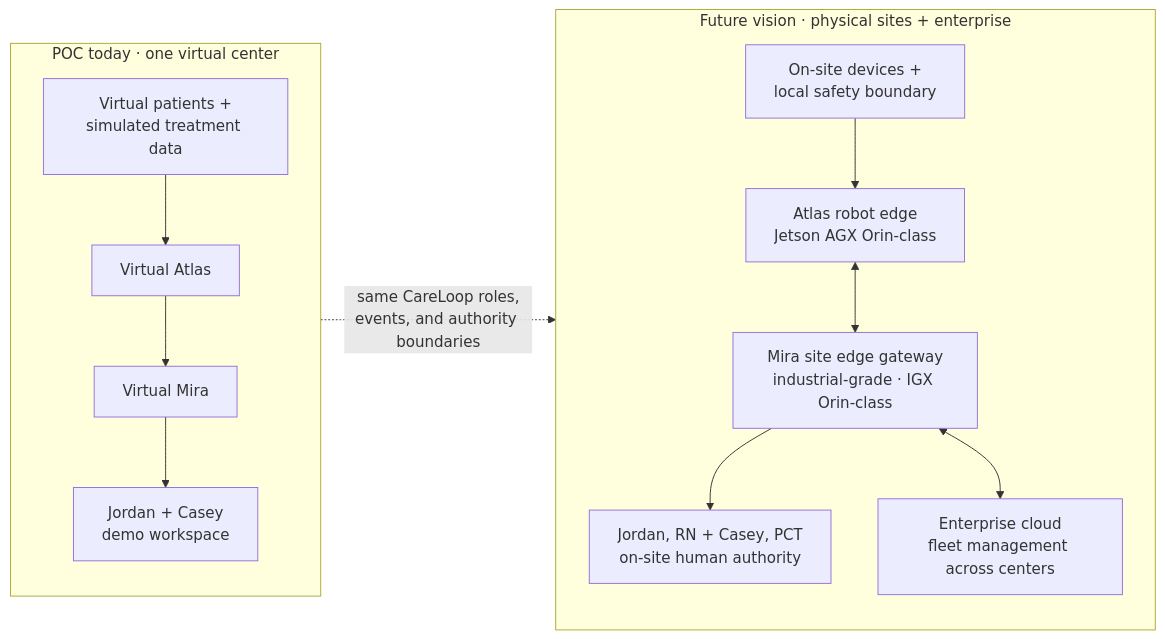
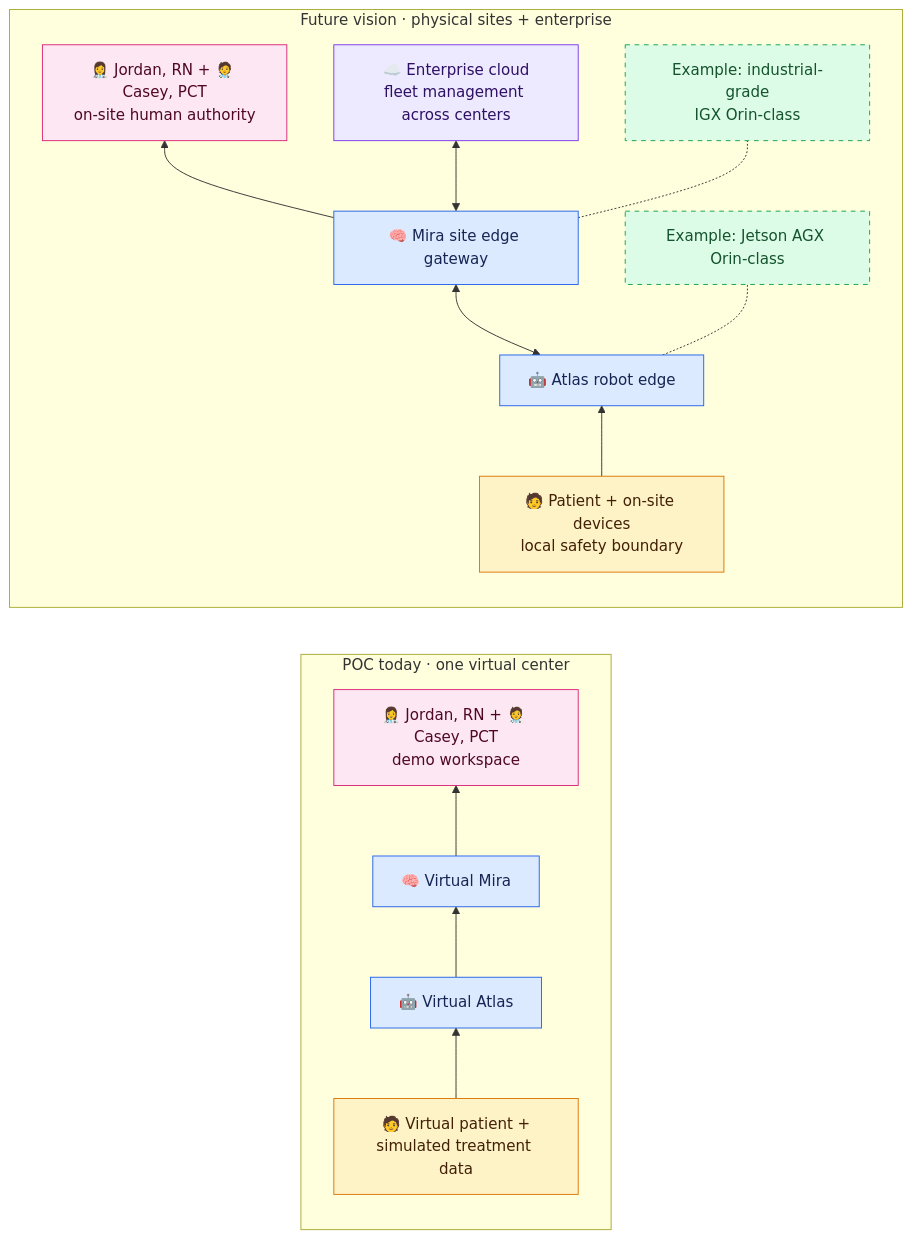
Before and after one commit to fmlin0429712024/ichd-agentic-system: the second of 2 diagrams in README.md, drawn with Mermaid. The commit also changed other lines of this file, not shown here.

Commit message:
Refine deployment vision diagram

````diff
--- a/README.md
+++ b/README.md
@@ -79,19 +79,30 @@
 ```mermaid
 flowchart LR
     subgraph POC[POC today · one virtual center]
-        direction TB
-        VP["Virtual patients +<br/>simulated treatment data"] --> VA["Virtual Atlas"]
-        VA --> VM["Virtual Mira"]
-        VM --> VH["Jordan + Casey<br/>demo workspace"]
+        direction BT
+        VP["🧑 Virtual patient +<br/>simulated treatment data"] --> VA["🤖 Virtual Atlas"]
+        VA --> VM["🧠 Virtual Mira"]
+        VM --> VH["👩‍⚕️ Jordan, RN + 🧑‍⚕️ Casey, PCT<br/>demo workspace"]
     end
 
-    VM -. "same CareLoop roles,<br/>events, and authority boundaries" .-> SE
+    subgraph FUTURE[Future vision · physical sites + enterprise]
+        direction BT
+        RS["🧑 Patient + on-site devices<br/>local safety boundary"] --> AR["🤖 Atlas robot edge"]
+        AR <--> SE["🧠 Mira site edge gateway"]
+        SE --> HS["👩‍⚕️ Jordan, RN + 🧑‍⚕️ Casey, PCT<br/>on-site human authority"]
+        SE <--> EC["☁️ Enterprise cloud<br/>fleet management across centers"]
+        AR -.- AJ["Example: Jetson AGX Orin-class"]
+        SE -.- MI["Example: industrial-grade<br/>IGX Orin-class"]
+    end
 
-    subgraph FUTURE[Future vision · physical sites + enterprise]
-        direction TB
-        RS["On-site devices +<br/>local safety boundary"] --> AR["Atlas robot edge<br/>Jetson AGX Orin-class"]
-        AR <--> SE["Mira site edge gateway<br/>industrial-grade · IGX Orin-class"]
-        SE --> HS["Jordan, RN + Casey, PCT<br/>on-site human authority"]
-        SE <--> EC["Enterprise cloud<br/>fleet management across centers"]
-    end
+    classDef source fill:#FEF3C7,stroke:#D97706,color:#422006
+    classDef digital fill:#DBEAFE,stroke:#2563EB,color:#172554
+    classDef human fill:#FCE7F3,stroke:#DB2777,color:#500724
+    classDef cloud fill:#EDE9FE,stroke:#7C3AED,color:#2E1065
+    classDef example fill:#DCFCE7,stroke:#16A34A,color:#14532D,stroke-dasharray: 5 5
+    class VP,RS source
+    class VA,VM,AR,SE digital
+    class VH,HS human
+    class EC cloud
+    class AJ,MI example
 ```
````
